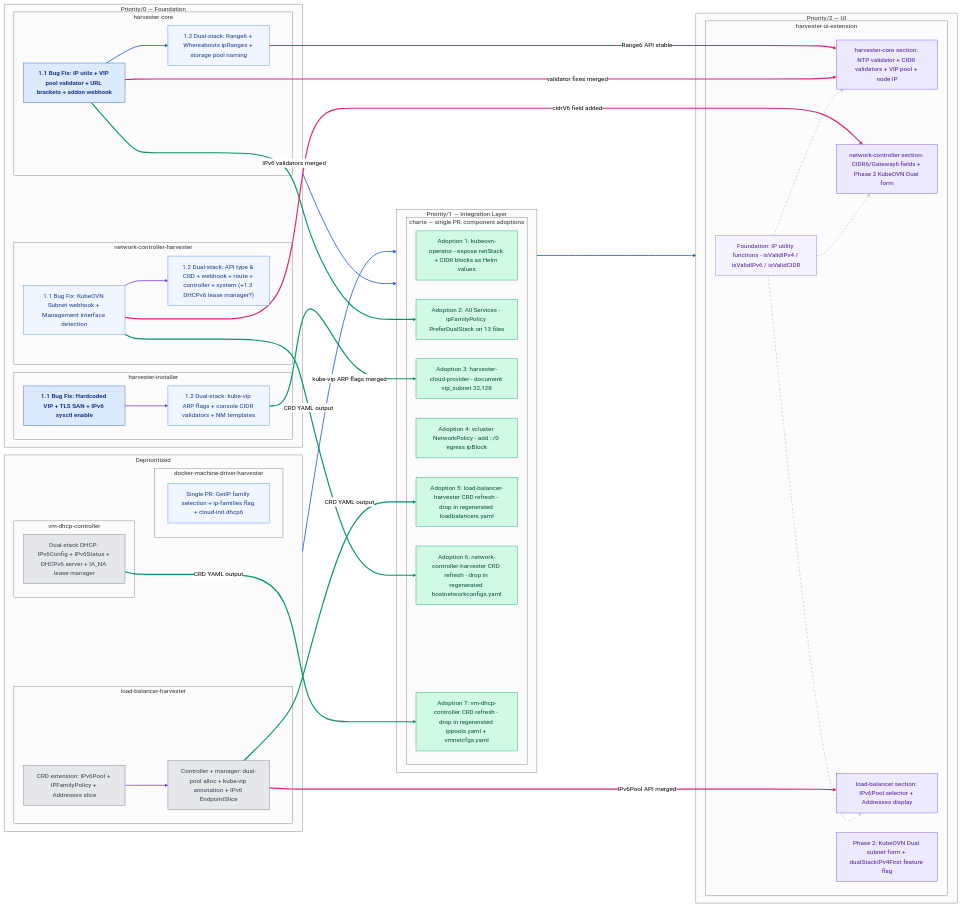
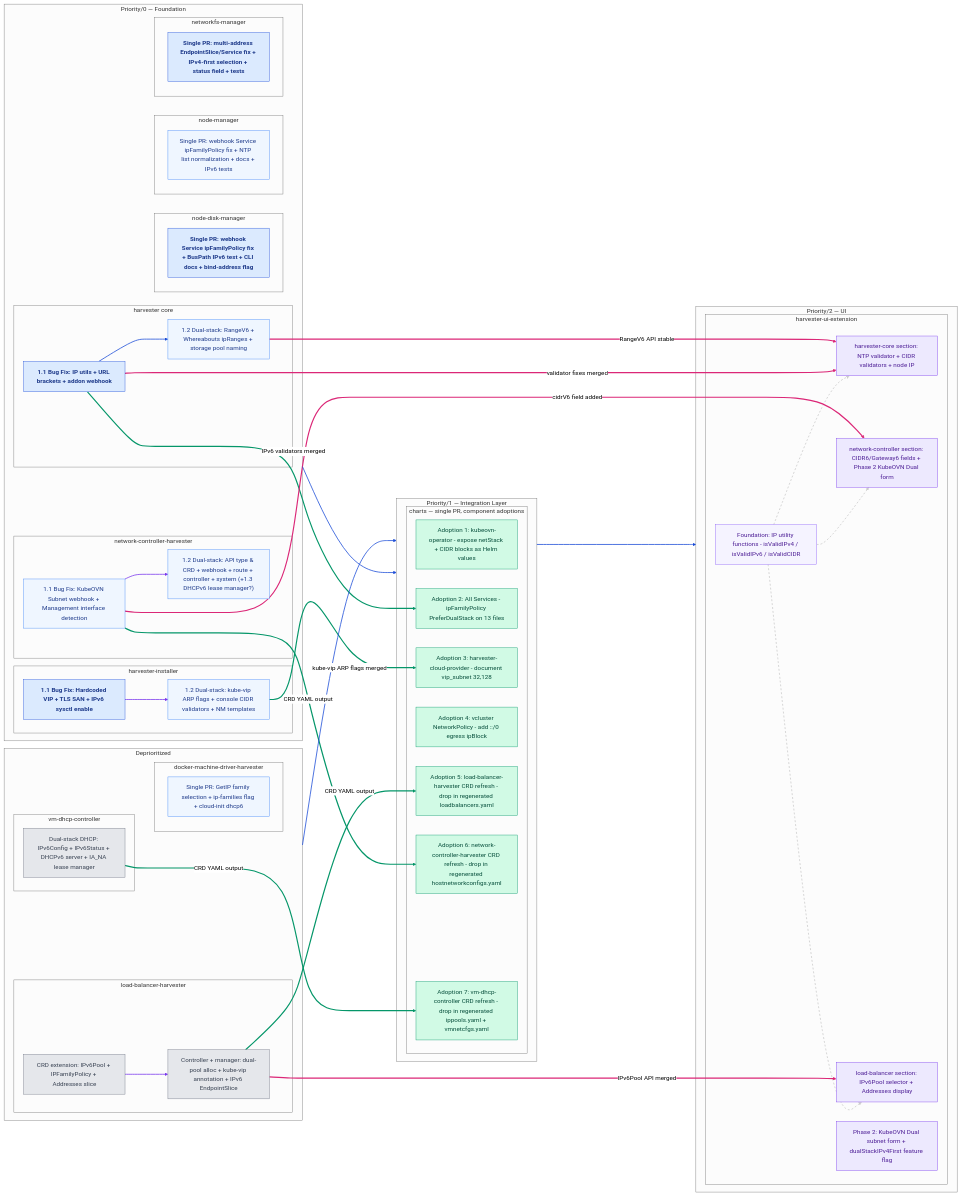
Before and after one commit to harvester/harvester: the diagram in enhancements/20260528-dual-stack-ipv4-first.md, drawn with Mermaid (neutral theme). The commit also changed other lines of this file, not shown here.

First line of the commit message:
HEP: Update Dual Stack IPv4 Family First (#11474)

```diff
--- a/enhancements/20260528-dual-stack-ipv4-first.md
+++ b/enhancements/20260528-dual-stack-ipv4-first.md
@@ -504,8 +715,8 @@
 
     subgraph SP0["Priority/0 — Foundation"]
         subgraph SHARV["harvester core"]
-            SH11["1.1 Bug Fix: IP utils + VIP pool validator + URL brackets + addon webhook"]
-            SH12["1.2 Dual-stack: Range6 + Whereabouts ipRanges + storage pool naming"]
+            SH11["1.1 Bug Fix: IP utils + URL brackets + addon webhook"]
+            SH12["1.2 Dual-stack: RangeV6 + Whereabouts ipRanges + storage pool naming"]
             SH11 --> SH12
         end
 
@@ -519,6 +730,18 @@
             SNCA["1.1 Bug Fix: KubeOVN Subnet webhook + Management interface detection "]
             SNCB["1.2 Dual-stack: API type & CRD + webhook + route + controller + system (+1.3 DHCPv6 lease manager?)"]
             SNCA --> SNCB
+        end
+
+        subgraph SNDM["node-disk-manager"]
+            SNDM1["Single PR: webhook Service ipFamilyPolicy fix + BusPath IPv6 test + CLI docs + bind-address flag"]
+        end
+
+        subgraph SNM["node-manager"]
+            SNM1["Single PR: webhook Service ipFamilyPolicy fix + NTP list normalization + docs + IPv6 tests"]
+        end
+
+        subgraph SNFS["networkfs-manager"]
+            SNFS1["Single PR: multi-address EndpointSlice/Service fix + IPv4-first selection + status field + tests"]
         end
     end
 
@@ -553,7 +776,7 @@
     subgraph SP2["Priority/2 — UI"]
         subgraph SUI["harvester-ui-extension"]
             SU_UTIL["Foundation: IP utility functions - isValidIPv4 / isValidIPv6 / isValidCIDR"]
-            SU_HARV["harvester-core section: NTP validator + CIDR validators + VIP pool + node IP"]
+            SU_HARV["harvester-core section: NTP validator + CIDR validators + node IP"]
             SU_NC["network-controller section: CIDR6/Gateway6 fields + Phase 2 KubeOVN Dual form"]
             SU_LB["load-balancer section: IPv6Pool selector + Addresses display"]
             SU_P2["Phase 2: KubeOVN Dual subnet form + dualStackIPv4First feature flag"]
@@ -584,7 +807,7 @@
 
     %% Long-range: backend API stable → UI section unblocked (before charts lands)
     SH11 -- "validator fixes merged" --> SU_HARV
-    SH12 -- "Range6 API stable" --> SU_HARV
+    SH12 -- "RangeV6 API stable" --> SU_HARV
     SNCA -- "cidrV6 field added" --> SU_NC
     SLB2 -- "IPv6Pool API merged" --> SU_LB
 
@@ -595,8 +818,8 @@
     classDef p2      fill:#ede9fe,stroke:#7c3aed,color:#4c1d95
     classDef uifound fill:#f5f3ff,stroke:#8b5cf6,color:#4c1d95
 
-    class SH11,SI11 p0fix
-    class SH12,SI12,SDMD1,SNCA,SNCB p0ext
+    class SH11,SI11,SNDM1,SNFS1 p0fix
+    class SH12,SI12,SDMD1,SNCA,SNCB,SNM1 p0ext
     class SLB1,SLB2,SDHCP1 deprio
     class SCA,SCD,SCE,SCF,SCG,SCH,SCI charts
     class SU_UTIL uifound
```
